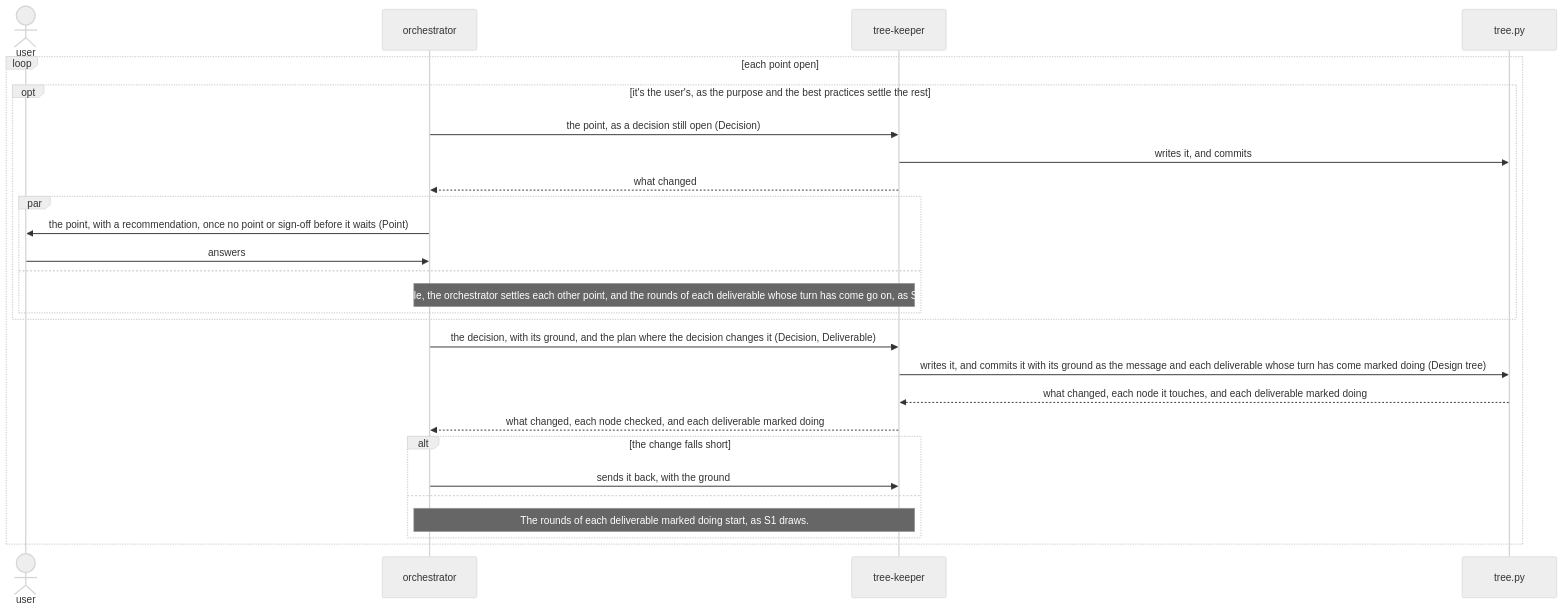
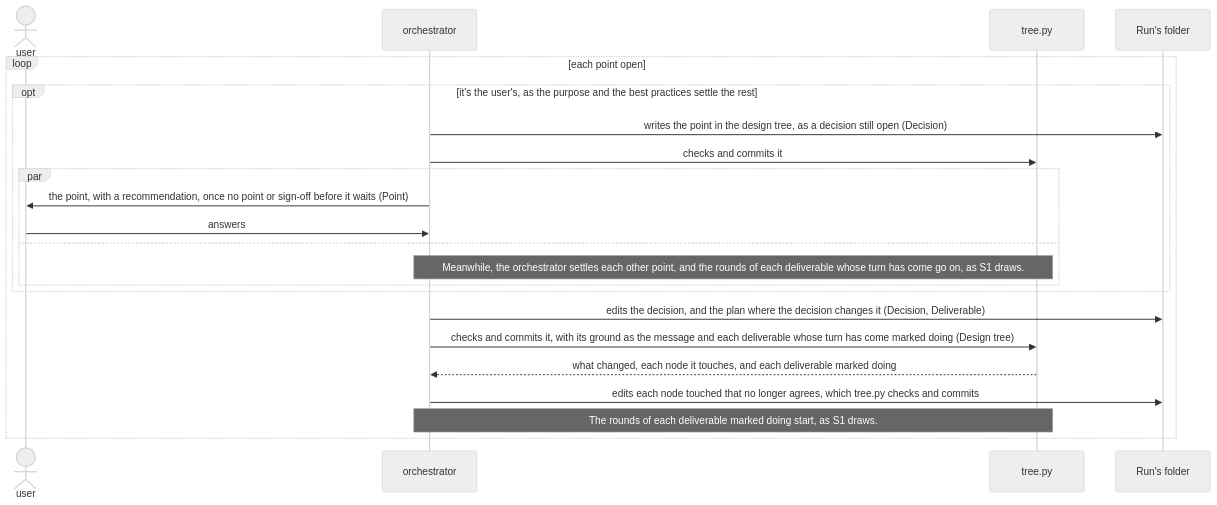
The second of 6 diagrams in dev/rn/architecture.md (lovaizu/ccpm), drawn with Mermaid (neutral theme) before and after one commit. The commit also changed other lines of this file and 4 other files, not shown here.

````diff
--- a/dev/rn/architecture.md
+++ b/dev/rn/architecture.md
@@ -277,29 +268,24 @@
 ```mermaid
 sequenceDiagram
   actor U as user
   participant O as orchestrator
-  participant K as tree-keeper
   participant T as tree.py
+  participant F as Run's folder
   loop each point open
     opt it's the user's, as the purpose and the best practices settle the rest
-      O->>K: the point, as a decision still open (Decision)
-      K->>T: writes it, and commits
-      K-->>O: what changed
+      O->>F: writes the point in the design tree, as a decision still open (Decision)
+      O->>T: checks and commits it
       par
         O->>U: the point, with a recommendation, once no point or sign-off before it waits (Point)
         U->>O: answers
       and
-        Note over O,K: Meanwhile, the orchestrator settles each other point, and the rounds of each deliverable whose turn has come go on, as S1 draws.
+        Note over O,T: Meanwhile, the orchestrator settles each other point, and the rounds of each deliverable whose turn has come go on, as S1 draws.
       end
     end
-    O->>K: the decision, with its ground, and the plan where the decision changes it (Decision, Deliverable)
-    K->>T: writes it, and commits it with its ground as the message and each deliverable whose turn has come marked doing (Design tree)
-    T-->>K: what changed, each node it touches, and each deliverable marked doing
-    K-->>O: what changed, each node checked, and each deliverable marked doing
-    alt the change falls short
-      O->>K: sends it back, with the ground
-    else
-      Note over O,K: The rounds of each deliverable marked doing start, as S1 draws.
-    end
+    O->>F: edits the decision, and the plan where the decision changes it (Decision, Deliverable)
+    O->>T: checks and commits it, with its ground as the message and each deliverable whose turn has come marked doing (Design tree)
+    T-->>O: what changed, each node it touches, and each deliverable marked doing
+    O->>F: edits each node touched that no longer agrees, which tree.py checks and commits
+    Note over O,T: The rounds of each deliverable marked doing start, as S1 draws.
   end
 ```
````
